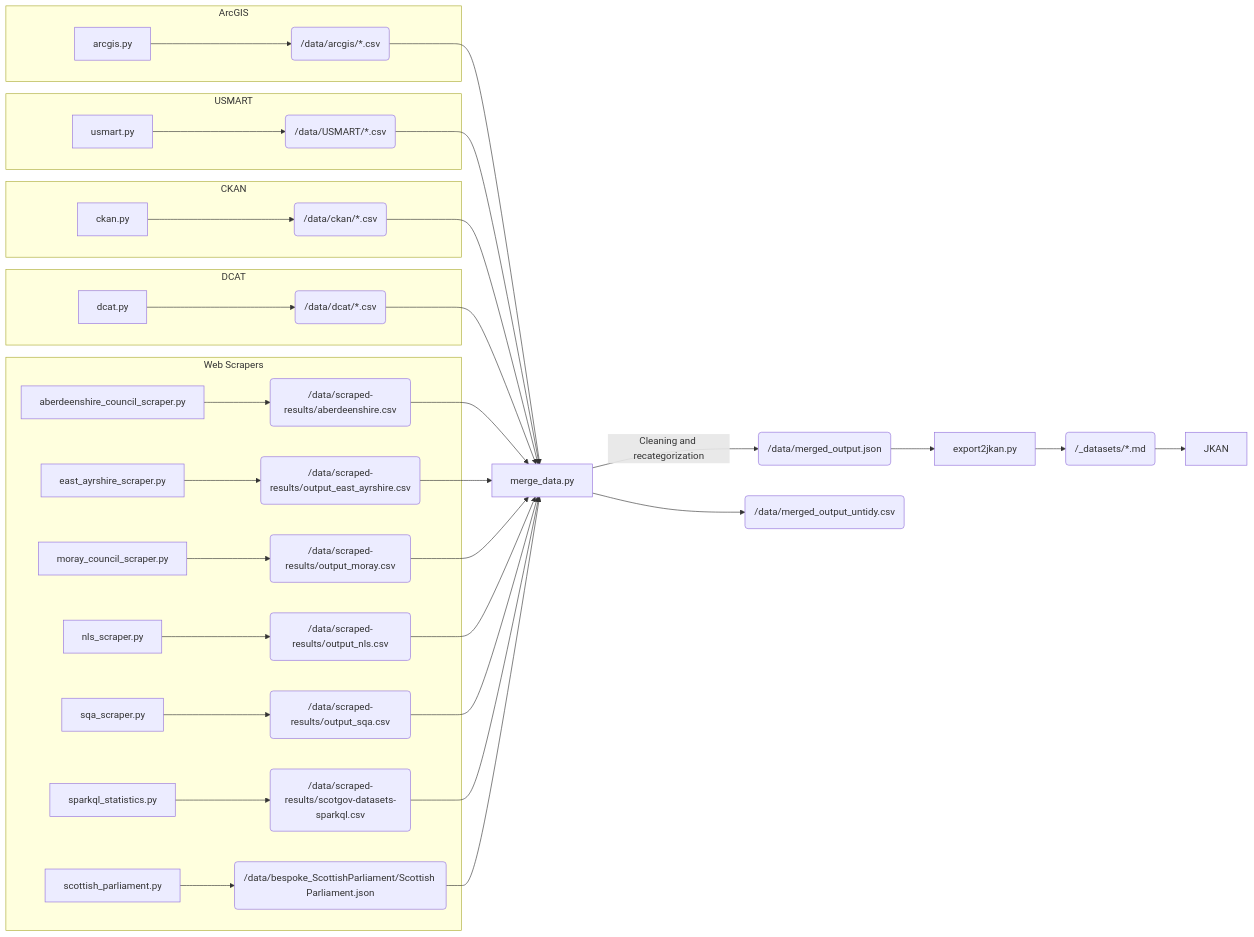
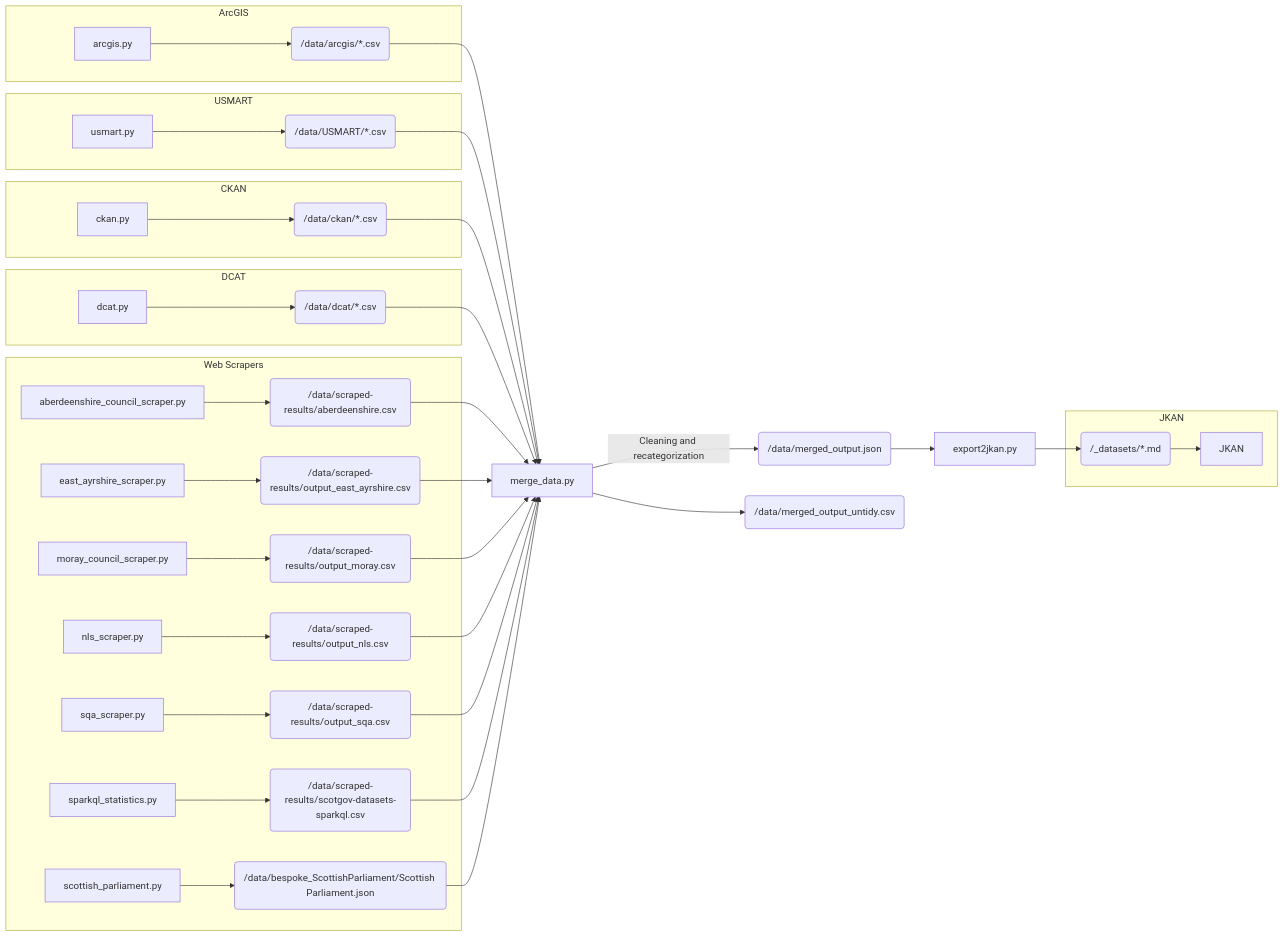
The diagram in docs/architecture/architecture.md (OpenDataScotland/opendata.scot_docs), drawn with Mermaid before and after one commit.

Commit message:
subgrouping jkan in architecture diagram

````diff
--- a/docs/architecture/architecture.md
+++ b/docs/architecture/architecture.md
@@ -6,40 +6,43 @@
 ```mermaid
 graph LR
     subgraph ArcGIS
     arcgis1[arcgis.py] --> arcgis2(/data/arcgis/*.csv)
     end
     subgraph USMART
     usmart1[usmart.py] --> usmart2(/data/USMART/*.csv)
     end
     subgraph CKAN
     ckan1[ckan.py] --> ckan2(/data/ckan/*.csv)
     end
     subgraph DCAT
     dcat1[dcat.py] --> dcat2(/data/dcat/*.csv)
     end
     subgraph Web Scrapers
     abdn1[aberdeenshire_council_scraper.py] --> abdn2(/data/scraped-results/aberdeenshire.csv)
     ea1[east_ayrshire_scraper.py] --> ea2(/data/scraped-results/output_east_ayrshire.csv)
     moray1[moray_council_scraper.py] --> moray2(/data/scraped-results/output_moray.csv)
     nls1[nls_scraper.py] --> nls2(/data/scraped-results/output_nls.csv)
     sqa1[sqa_scraper.py] --> sqa2(/data/scraped-results/output_sqa.csv)
     stats1[sparkql_statistics.py] --> stats2(/data/scraped-results/scotgov-datasets-sparkql.csv)
     sparl1[scottish_parliament.py] --> sparl2(/data/bespoke_ScottishParliament/Scottish Parliament.json)
     end
     arcgis2 --> merge
     usmart2 --> merge
     ckan2 --> merge
     dcat2 --> merge
     abdn2 --> merge
     ea2 --> merge
     moray2 --> merge
     nls2 --> merge
     sqa2 --> merge
     stats2 --> merge
     sparl2 --> merge
     merge[merge_data.py] --Cleaning and recategorization--> merge1(/data/merged_output.json)
     merge --> merge2(/data/merged_output_untidy.csv)
     merge1 --> export[export2jkan.py]
-    export --> jkan1(/_datasets/*.md)
+    subgraph JKAN
+    jkan1(/_datasets/*.md)
     jkan1 --> jkan2[JKAN]
+    end
+    export --> jkan1
 ```
````
